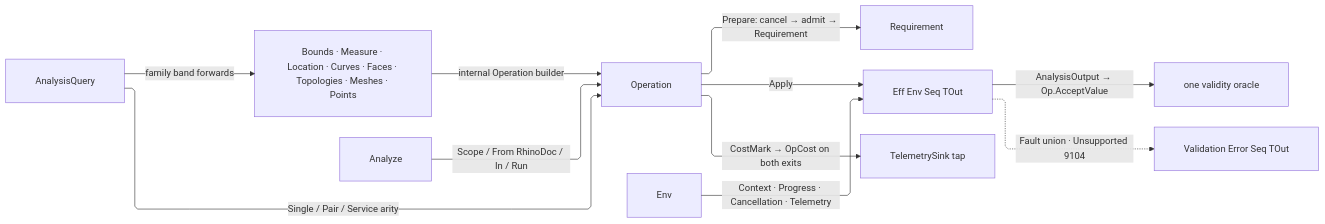
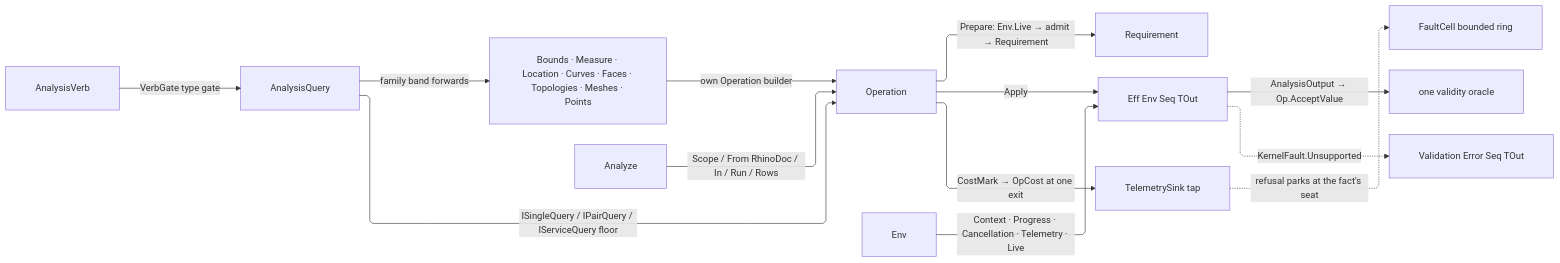
One commit to bsamiee/Rasm changed the diagram in libs/csharp/Rasm/.planning/Analysis/query.md. Above: the diagram before and after it, drawn with Mermaid. The commit also changed other lines of this file and 818 other files, not shown here.

````diff
--- a/libs/csharp/Rasm/.planning/Analysis/query.md
+++ b/libs/csharp/Rasm/.planning/Analysis/query.md
@@ -452,22 +692,24 @@
 ```mermaid
 ---
 config:
   layout: elk
   flowchart:
     curve: linear
     padding: 25
 ---
 flowchart LR
     accTitle: Analysis query dispatch and execution flow
-    accDescr: The request algebra dispatching by arity into the operation algebra beside the family unions forwarding through their internal operation builder, the operation preparing and applying over the Eff runtime and charging the telemetry sink on both exits, the runtime environment feeding the Eff, the output projecting through the one validity oracle, the facade entering the operation, and the Eff lowering onto the validation result carrier.
-    AnalysisQuery -->|Single / Pair / Service arity| Operation
+    accDescr: The verb roster gating output type ahead of the request algebra's per-case build, the arity floors deciding which dispatcher reaches a case, the family unions forwarding through their own operation builders, the operation preparing and applying over the Eff runtime and charging one cost capsule at one exit, the runtime environment feeding the Eff, the output projecting through the one validity oracle, the facade entering the operation, and the Eff lowering onto the validation result carrier.
+    AnalysisVerb -->|VerbGate type gate| AnalysisQuery
+    AnalysisQuery -->|ISingleQuery / IPairQuery / IServiceQuery floor| Operation
     AnalysisQuery -->|family band forwards| FamilyUnions[Bounds · Measure · Location · Curves · Faces · Topologies · Meshes · Points]
-    FamilyUnions -->|internal Operation builder| Operation
-    Operation -->|Prepare: cancel → admit → Requirement| Requirement
+    FamilyUnions -->|own Operation builder| Operation
+    Operation -->|Prepare: Env.Live → admit → Requirement| Requirement
     Operation -->|Apply| Eff[Eff Env Seq TOut]
-    Operation -->|CostMark → OpCost on both exits| Sink[TelemetrySink tap]
-    Env -->|Context · Progress · Cancellation · Telemetry| Eff
+    Operation -->|CostMark → OpCost at one exit| Sink[TelemetrySink tap]
+    Sink -.->|refusal parks at the fact's seat| Cell[FaultCell bounded ring]
+    Env -->|Context · Progress · Cancellation · Telemetry · Live| Eff
     Eff -->|AnalysisOutput → Op.AcceptValue| Oracle[one validity oracle]
-    Analyze -->|Scope / From RhinoDoc / In / Run| Operation
-    Eff -.->|Fault union · Unsupported 9104| Validation[Validation Error Seq TOut]
+    Analyze -->|Scope / From RhinoDoc / In / Run / Rows| Operation
+    Eff -.->|KernelFault.Unsupported| Validation[Validation Error Seq TOut]
 ```
````
